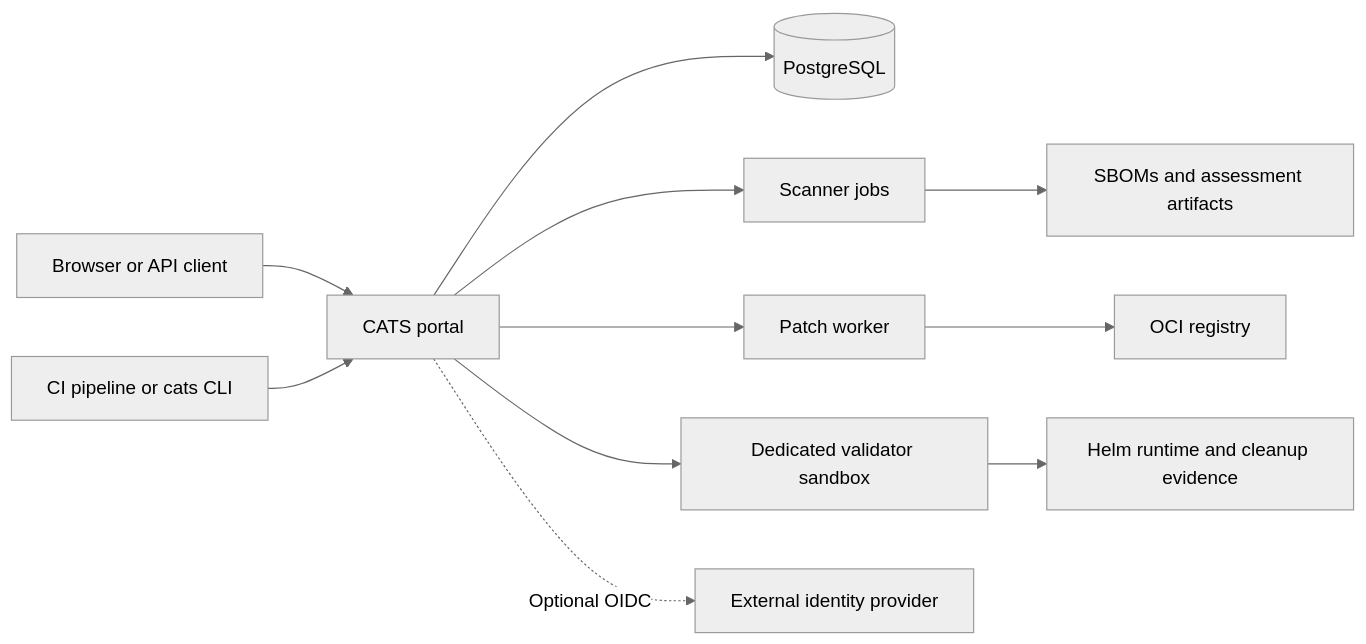
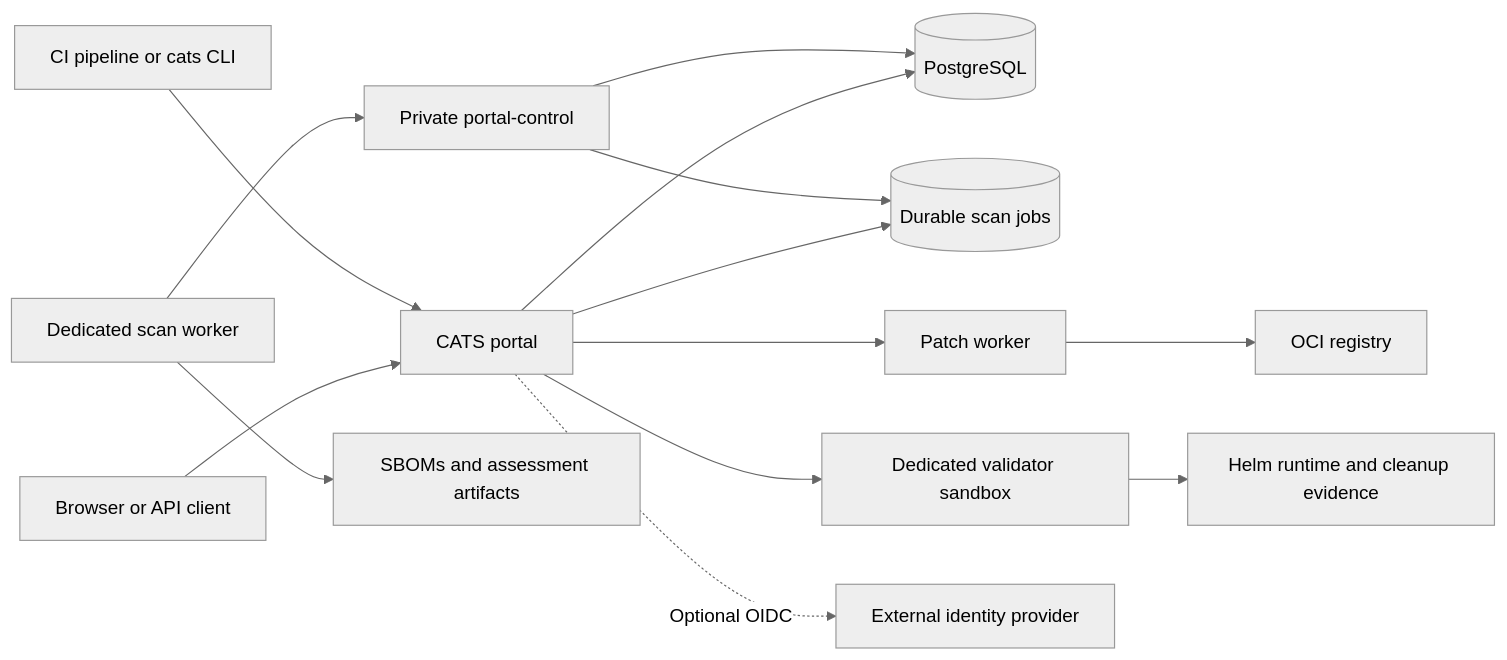
One commit to jewatson1994/CATS changed the diagram in README.md. Above: the diagram before and after it, drawn with Mermaid (neutral theme). The commit also changed other lines of this file and 17 other files, not shown here.

Commit message:
Add role training and align README with dedicated worker deployment

````diff
--- a/README.md
+++ b/README.md
@@ -127,13 +144,16 @@
 ```mermaid
 flowchart LR
     Browser[Browser or API client] --> Portal[CATS portal]
     Pipeline[CI pipeline or cats CLI] --> Portal
     Portal --> DB[(PostgreSQL)]
-    Portal --> Scanner[Scanner jobs]
+    Portal --> Queue[(Durable scan jobs)]
+    Control[Private portal-control] --> Queue
+    Scanner[Dedicated scan worker] --> Control
+    Control --> DB
     Portal --> Worker[Patch worker]
     Portal --> Validator[Dedicated validator sandbox]
     Portal -. Optional OIDC .-> Identity[External identity provider]
     Scanner --> Evidence[SBOMs and assessment artifacts]
     Worker --> Registry[OCI registry]
     Validator --> Runtime[Helm runtime and cleanup evidence]
 ```
````
